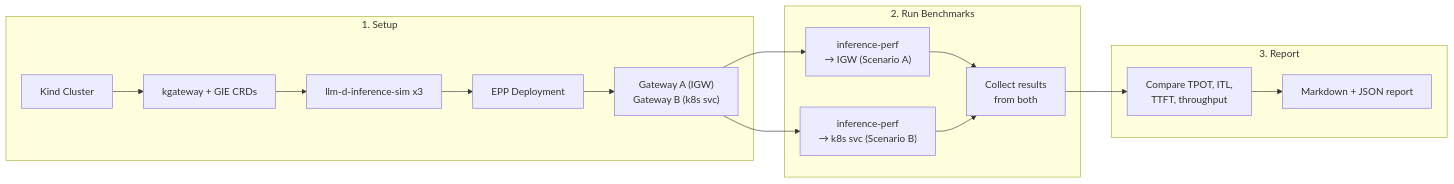
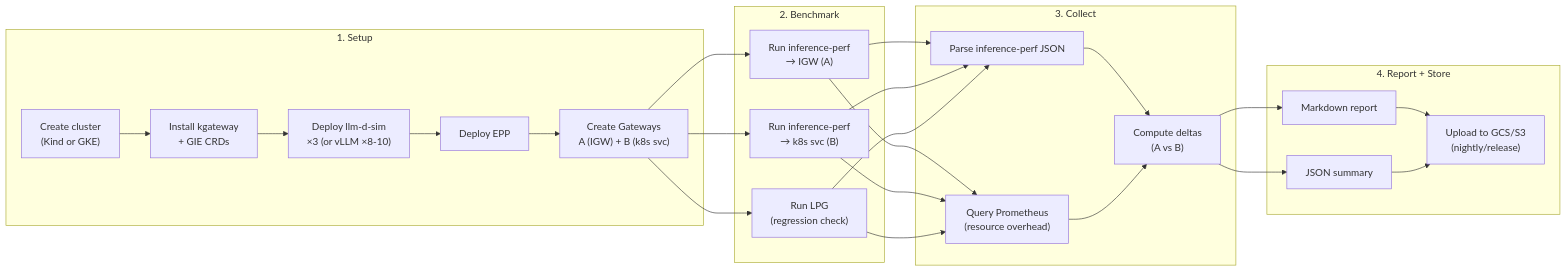
One commit to 1Shubham7/knotes changed the fourth of 6 diagrams in teamp.md. Above: the diagram before and after it, drawn with Mermaid. The commit also changed other lines of this file, not shown here.

````diff
--- a/teamp.md
+++ b/teamp.md
@@ -425,22 +336,36 @@
 ```mermaid
 flowchart LR
     subgraph "1. Setup"
-        K["Kind Cluster"] --> KG["kgateway + GIE CRDs"]
-        KG --> MS["llm-d-inference-sim x3"]
-        MS --> EPP["EPP Deployment"]
-        EPP --> BOTH["Gateway A (IGW)<br/>Gateway B (k8s svc)"]
+        S1["Create cluster<br/>(Kind or GKE)"]
+        S2["Install kgateway<br/>+ GIE CRDs"]
+        S3["Deploy llm-d-sim<br/>×3 (or vLLM ×8-10)"]
+        S4["Deploy EPP"]
+        S5["Create Gateways<br/>A (IGW) + B (k8s svc)"]
+        S1 --> S2 --> S3 --> S4 --> S5
     end
 
-    subgraph "2. Run Benchmarks"
-        PA["inference-perf<br/>→ IGW (Scenario A)"]
-        PB["inference-perf<br/>→ k8s svc (Scenario B)"]
-        PA & PB --> COLLECT["Collect results<br/>from both"]
+    subgraph "2. Benchmark"
+        B1["Run inference-perf<br/>→ IGW (A)"]
+        B2["Run inference-perf<br/>→ k8s svc (B)"]
+        B3["Run LPG<br/>(regression check)"]
+        B1 & B2 & B3
     end
 
-    subgraph "3. Report"
-        COLLECT --> COMPARE["Compare TPOT, ITL,<br/>TTFT, throughput"]
-        COMPARE --> REPORT["Markdown + JSON report"]
+    subgraph "3. Collect"
+        C1["Parse inference-perf JSON"]
+        C2["Query Prometheus<br/>(resource overhead)"]
+        C3["Compute deltas<br/>(A vs B)"]
+        C1 --> C3
+        C2 --> C3
     end
 
-    BOTH --> PA & PB
+    subgraph "4. Report + Store"
+        R1["Markdown report"]
+        R2["JSON summary"]
+        R3["Upload to GCS/S3<br/>(nightly/release)"]
+        C3 --> R1 & R2 --> R3
+    end
+
+    S5 --> B1 & B2 & B3
+    B1 & B2 & B3 --> C1 & C2
 ```
````
